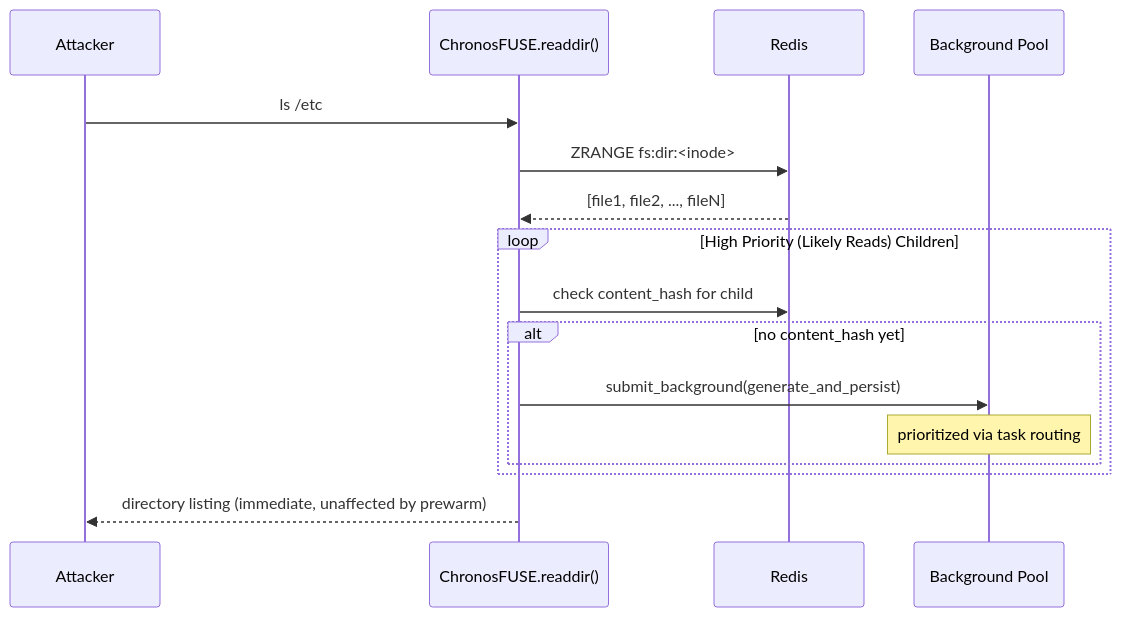
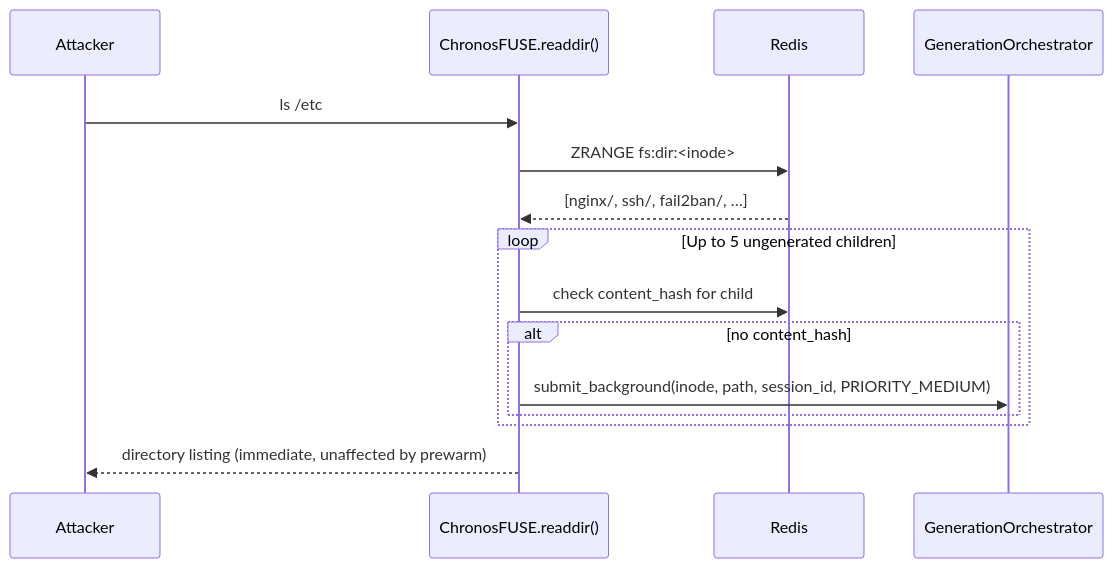
One commit to Rizzy1857/Apate changed the fourth of 6 diagrams in docs/AI_ARCHITECTURE.md. Above: the diagram before and after it, drawn with Mermaid. The commit also changed other lines of this file and 25 other files, not shown here.

````diff
--- a/docs/AI_ARCHITECTURE.md
+++ b/docs/AI_ARCHITECTURE.md
@@ -189,19 +190,18 @@
 ```mermaid
 sequenceDiagram
     participant Attacker
     participant FUSE as ChronosFUSE.readdir()
     participant Redis
-    participant Pool as Background Pool
+    participant Pool as GenerationOrchestrator
 
     Attacker->>FUSE: ls /etc
     FUSE->>Redis: ZRANGE fs:dir:<inode>
-    Redis-->>FUSE: [file1, file2, ..., fileN]
-    loop High Priority (Likely Reads) Children
+    Redis-->>FUSE: [nginx/, ssh/, fail2ban/, …]
+    loop Up to 5 ungenerated children
         FUSE->>Redis: check content_hash for child
-        alt no content_hash yet
-            FUSE->>Pool: submit_background(generate_and_persist)
-            Note over Pool: prioritized via task routing
+        alt no content_hash
+            FUSE->>Pool: submit_background(inode, path, session_id, PRIORITY_MEDIUM)
         end
     end
     FUSE-->>Attacker: directory listing (immediate, unaffected by prewarm)
 ```
````
